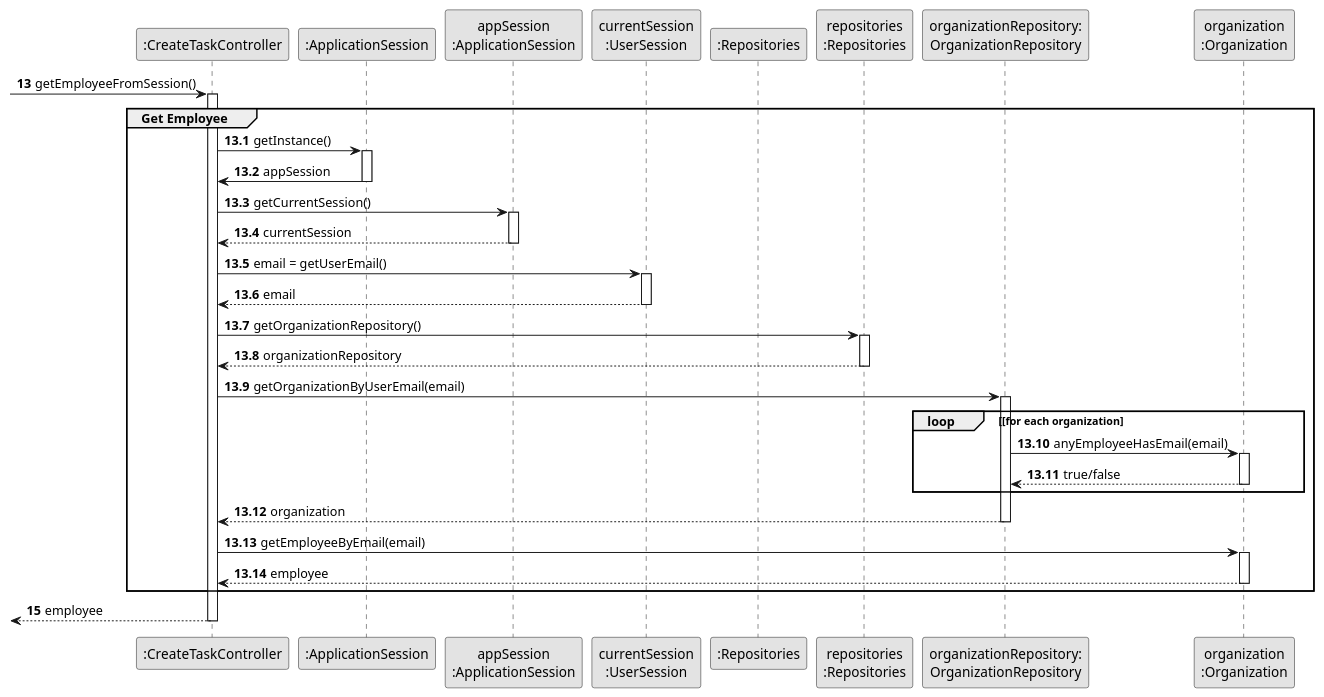
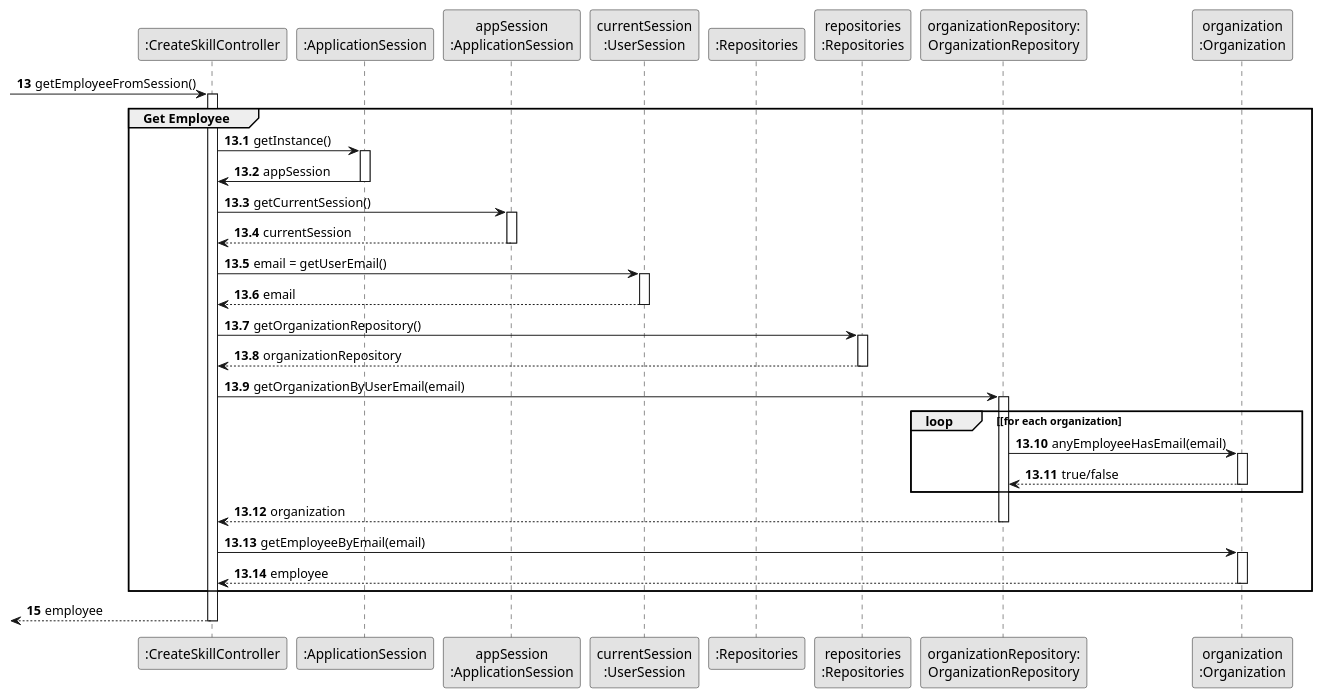
The diagram in docs/sprintB/us01/03.design/puml/us01-sequence-diagram-partial-get-employee.puml (Paulo-Pereira-at-ISEP/lei-24-s2-1nanb-g321), drawn with PlantUML before and after one commit.

Commit message:
LGGPM-117 - US01 - Design - Sequence diagram update (partial-get-employee)

```diff
--- a/docs/sprintB/us01/03.design/puml/us01-sequence-diagram-partial-get-employee.puml
+++ b/docs/sprintB/us01/03.design/puml/us01-sequence-diagram-partial-get-employee.puml
@@ -1,72 +1,72 @@
 @startuml
 skinparam monochrome true
 skinparam packageStyle rectangle
 skinparam shadowing false
 
 
 
 'hide footbox
-participant ":CreateTaskController" as CTRL
+participant ":CreateSkillController" as CTRL
 participant ":ApplicationSession" as _APP
 participant "appSession\n:ApplicationSession" as APP
 participant "currentSession\n:UserSession" as SESSAO
 participant ":Repositories" as RepositorySingleton
 participant "repositories\n:Repositories" as PLAT
 participant "organizationRepository:\nOrganizationRepository" as OrganizationRepository
 participant "organization\n:Organization" as ORG
 
 autonumber 13
 -> CTRL : getEmployeeFromSession()
 autonumber 13.1
 activate CTRL
 
     group Get Employee
         CTRL -> _APP: getInstance()
         activate _APP
             _APP -> CTRL: appSession
         deactivate _APP
 
         CTRL -> APP: getCurrentSession()
         activate APP
 
             APP --> CTRL: currentSession
         deactivate APP
 
         CTRL -> SESSAO: email = getUserEmail()
         activate SESSAO
 
             SESSAO --> CTRL: email
         deactivate SESSAO
 
         CTRL -> PLAT: getOrganizationRepository()
         activate PLAT
 
             PLAT --> CTRL: organizationRepository
         deactivate PLAT
 
         CTRL -> OrganizationRepository: getOrganizationByUserEmail(email)
         activate OrganizationRepository
 
             loop [for each organization
                 OrganizationRepository -> ORG : anyEmployeeHasEmail(email)
                 activate ORG
 
                      ORG --> OrganizationRepository : true/false
                 deactivate ORG
             end
 
             OrganizationRepository --> CTRL : organization
 
         deactivate OrganizationRepository
 
         CTRL -> ORG: getEmployeeByEmail(email)
         activate ORG
 
             ORG --> CTRL : employee
         deactivate ORG
     end
     autonumber 15
     <-- CTRL : employee
 deactivate CTRL
 
 @enduml
```
